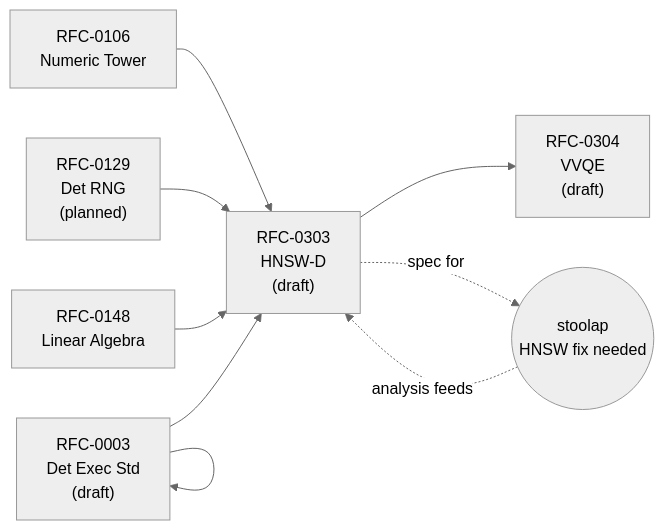
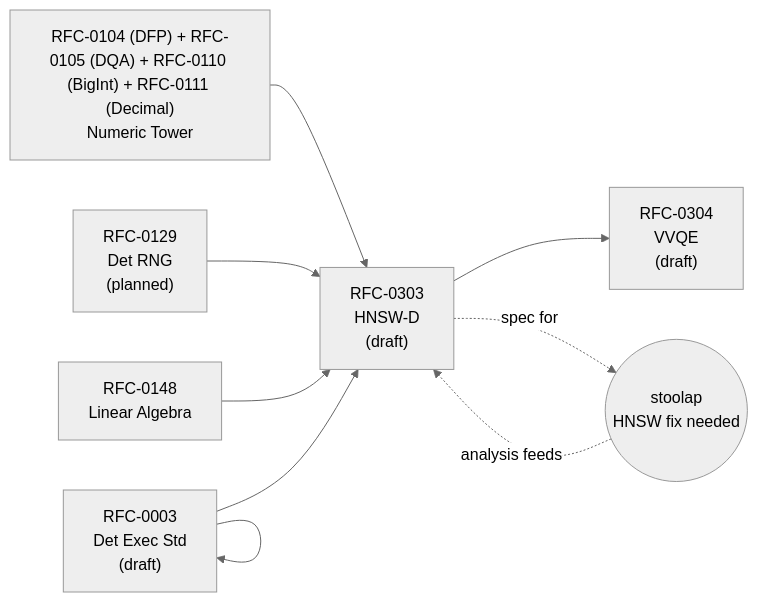
One commit to CipherOcto/cipherocto changed diagram 19 of 19 in docs/research/stoolap-determinism-analysis.md. Above: the diagram before and after it, drawn with Mermaid (neutral theme). The commit also changed other lines of this file and 281 other files, not shown here.

````diff
--- a/docs/research/stoolap-determinism-analysis.md
+++ b/docs/research/stoolap-determinism-analysis.md
@@ -1122,20 +1129,20 @@
 ```mermaid
 graph LR
-    RFC0106["RFC-0106<br/>Numeric Tower"]
+    RFC0106["RFC-0104 (DFP) + RFC-0105 (DQA) + RFC-0110 (BigInt) + RFC-0111 (Decimal)<br/>Numeric Tower"]
     RFC0129["RFC-0129<br/>Det RNG<br/>(planned)"]
     RFC0148["RFC-0148<br/>Linear Algebra"]
     RFC0303["RFC-0303<br/>HNSW-D<br/>(draft)"]
     RFC0304["RFC-0304<br/>VVQE<br/>(draft)"]
     RFC0003["RFC-0003<br/>Det Exec Std<br/>(draft)"]
     STOOLAP(("stoolap<br/>HNSW fix needed"))
 
     RFC0106 --> RFC0303
     RFC0129 --> RFC0303
     RFC0148 --> RFC0303
     RFC0303 --> RFC0304
     RFC0003 --> RFC0303
     RFC0003 --> RFC0003
 
     RFC0303 -.->|spec for| STOOLAP
     STOOLAP -.->|analysis feeds| RFC0303
 ```
````
